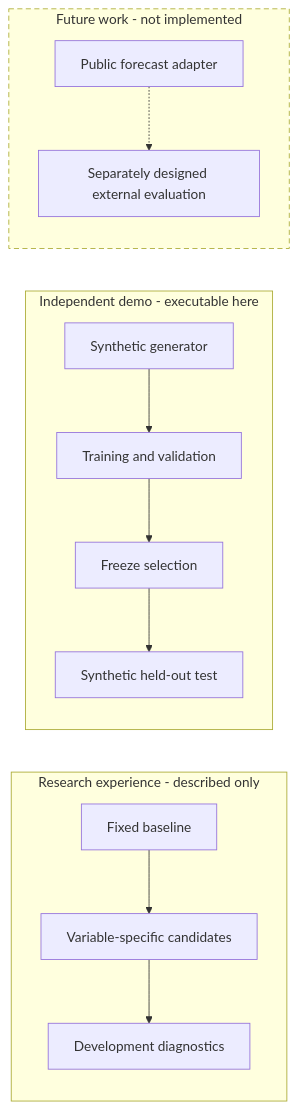
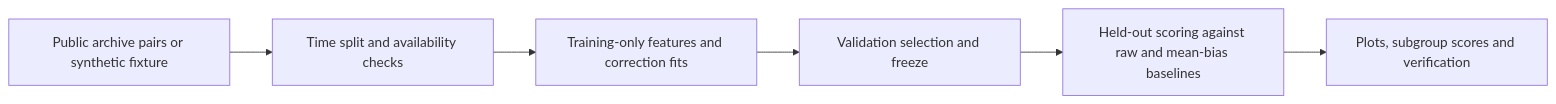
Before and after one commit to Fandi74/weather-forecast-base: the diagram in README.md, drawn with Mermaid. The commit also changed other lines of this file and 23 other files, not shown here.

Commit message:
Add public weather evaluation and verification

````diff
--- a/README.md
+++ b/README.md
@@ -63,13 +55,8 @@
 ```mermaid
 flowchart LR
-    subgraph R[Research experience - described only]
-        A[Fixed baseline] --> B[Variable-specific candidates] --> C[Development diagnostics]
-    end
-    subgraph D[Independent demo - executable here]
-        E[Synthetic generator] --> F[Training and validation] --> G[Freeze selection] --> H[Synthetic held-out test]
-    end
-    subgraph P[Future work - not implemented]
-        I[Public forecast adapter] -.-> J[Separately designed external evaluation]
-    end
-    style P stroke-dasharray: 6 4
+    A[Public archive pairs or synthetic fixture] --> B[Time split and availability checks]
+    B --> C[Training-only features and correction fits]
+    C --> D[Validation selection and freeze]
+    D --> E[Held-out scoring against raw and mean-bias baselines]
+    E --> F[Plots, subgroup scores and verification]
 ```
````
